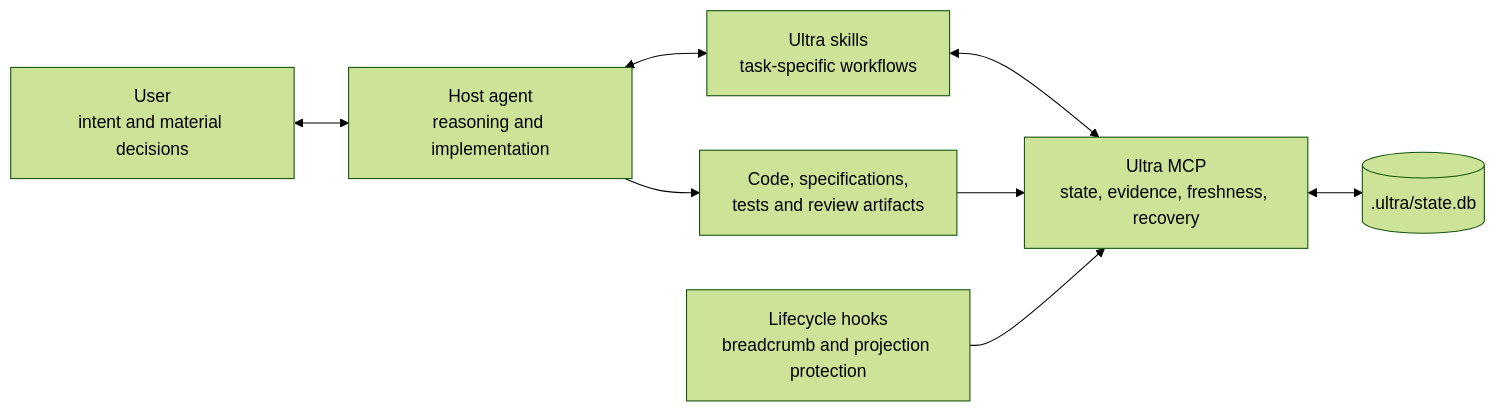
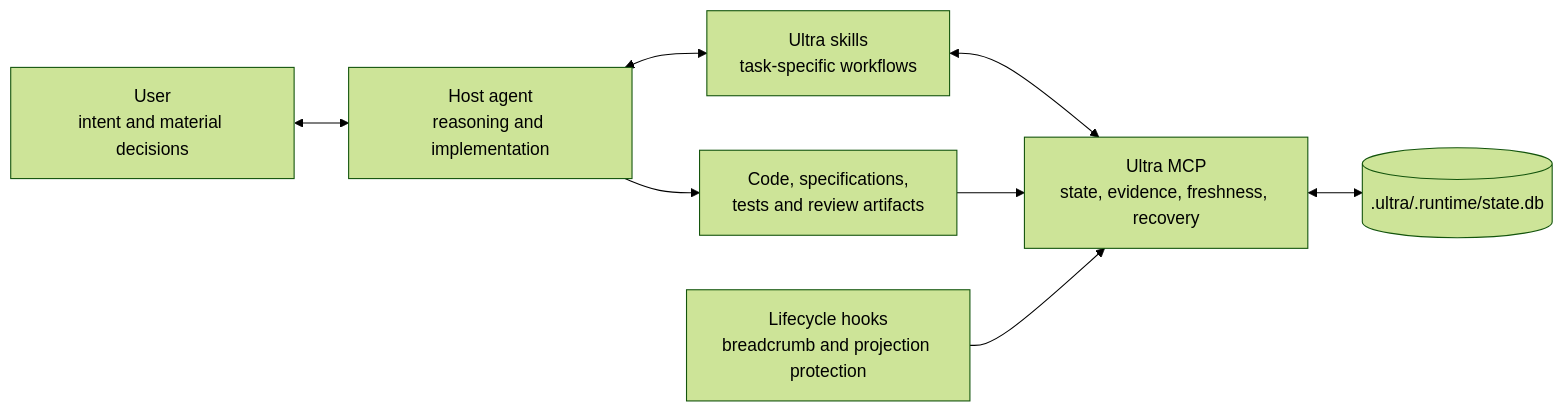
Before and after one commit to rocky2431/ultra-builder-pro-cli: the diagram in README.md, drawn with Mermaid (forest theme). The commit also changed other lines of this file and 254 other files, not shown here.

````diff
--- a/README.md
+++ b/README.md
@@ -61,10 +61,10 @@
 ```mermaid
 flowchart LR
     U["User<br/>intent and material decisions"] <--> H["Host agent<br/>reasoning and implementation"]
     H <--> S["Ultra skills<br/>task-specific workflows"]
     S <--> M["Ultra MCP<br/>state, evidence, freshness, recovery"]
-    M <--> D[(".ultra/state.db")]
+    M <--> D[(".ultra/.runtime/state.db")]
     H --> A["Code, specifications,<br/>tests and review artifacts"]
     A --> M
     K["Lifecycle hooks<br/>breadcrumb and projection protection"] --> M
 ```
````
